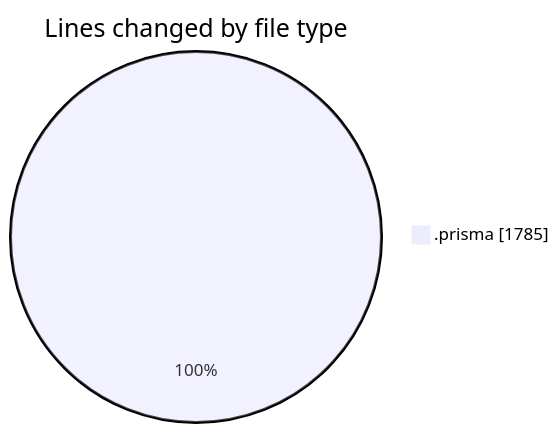
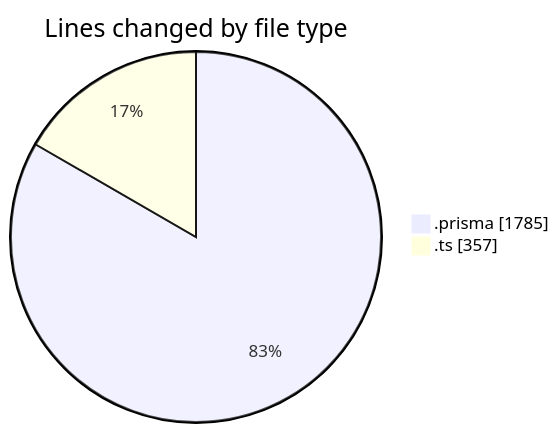
Before and after one commit to CELIANVF/code-tracking: the first of 2 diagrams in 2025-05-01/ecodeli/README.md, drawn with Mermaid. The commit also changed other lines of this file and 1 other file, not shown here.

````diff
--- a/2025-05-01/ecodeli/README.md
+++ b/2025-05-01/ecodeli/README.md
@@ -20,5 +22,6 @@
 ```mermaid
 pie showData
 title Lines changed by file type
 ".prisma" : 1785
+".ts" : 357
 ```
````
